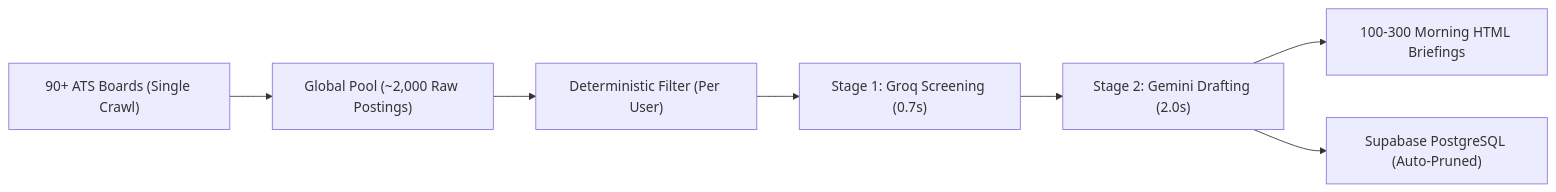
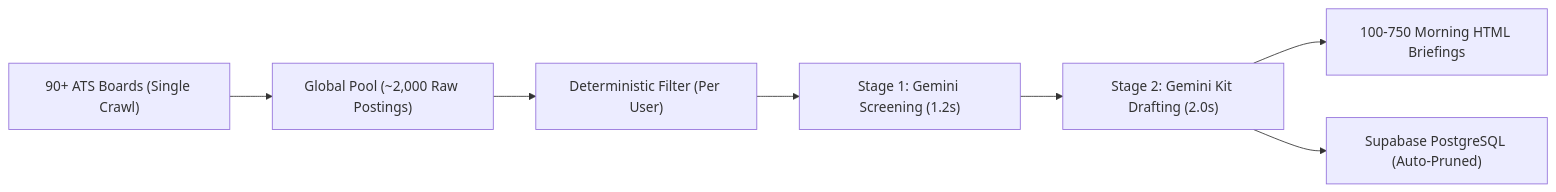
Before and after one commit to tanish-jain-225/job-hunter: the first of 2 diagrams in METRICS.md, drawn with Mermaid. The commit also changed other lines of this file and 5 other files, not shown here.

````diff
--- a/METRICS.md
+++ b/METRICS.md
@@ -13,9 +13,9 @@
 ```mermaid
 flowchart LR
     A["90+ ATS Boards (Single Crawl)"] --> B["Global Pool (~2,000 Raw Postings)"]
     B --> C["Deterministic Filter (Per User)"]
-    C --> D["Stage 1: Groq Screening (0.7s)"]
-    D --> E["Stage 2: Gemini Drafting (2.0s)"]
-    E --> F["100-300 Morning HTML Briefings"]
+    C --> D["Stage 1: Gemini Screening (1.2s)"]
+    D --> E["Stage 2: Gemini Kit Drafting (2.0s)"]
+    E --> F["100-750 Morning HTML Briefings"]
     E --> G["Supabase PostgreSQL (Auto-Pruned)"]
 ```
````
